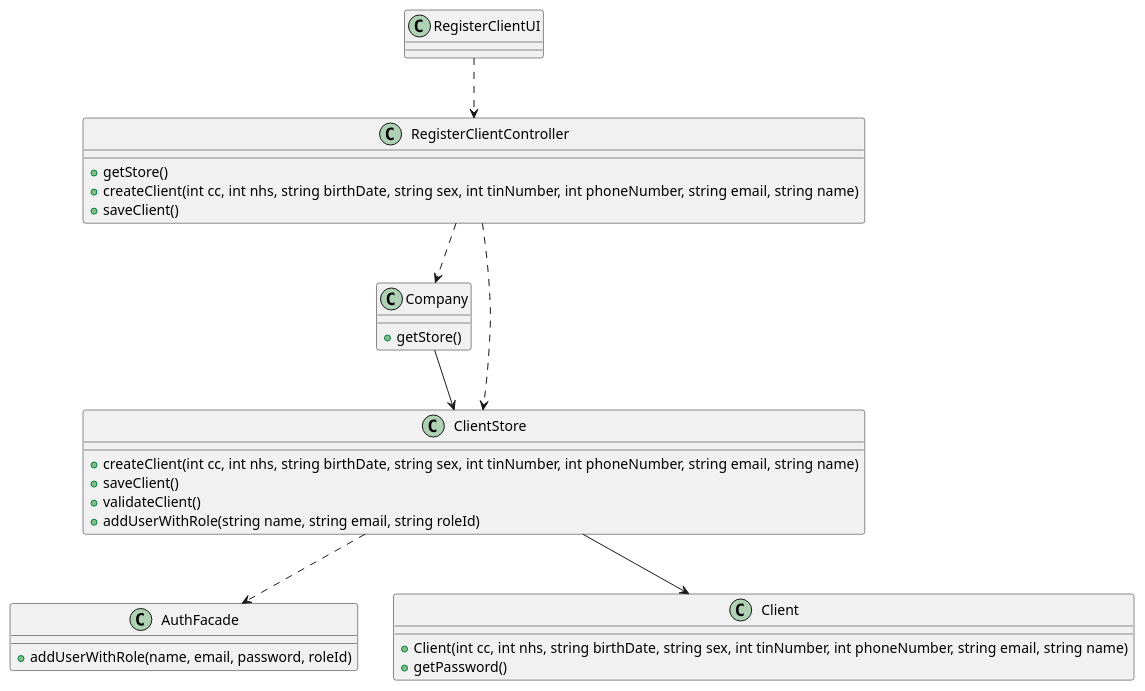
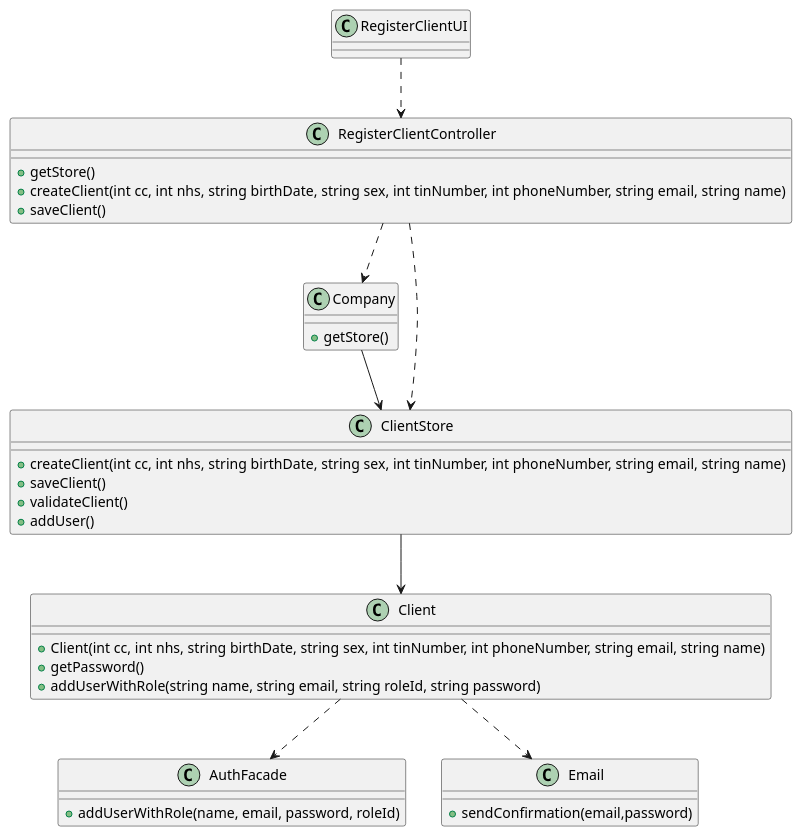
Before and after one commit to MarianaCLages/LAPR2: the diagram in docs/SprintB/US03/US3_CD.puml, drawn with PlantUML. The commit also changed 10 other files, not shown here.

```diff
--- a/docs/SprintB/US03/US3_CD.puml
+++ b/docs/SprintB/US03/US3_CD.puml
@@ -1,41 +1,48 @@
 @startuml
 
 class RegisterClientUI{
 }
 
 class RegisterClientController{
     + getStore()
     + createClient(int cc, int nhs, string birthDate, string sex, int tinNumber, int phoneNumber, string email, string name)
     + saveClient()
 }
 
 class AuthFacade{
     +addUserWithRole(name, email, password, roleId)
 }
 
 
 class Company{
     + getStore()
 }
 
 class Client{
     + Client(int cc, int nhs, string birthDate, string sex, int tinNumber, int phoneNumber, string email, string name)
     + getPassword()
+    + addUserWithRole(string name, string email, string roleId, string password)
+
 }
 
 class ClientStore{
     + createClient(int cc, int nhs, string birthDate, string sex, int tinNumber, int phoneNumber, string email, string name)
     + saveClient()
     + validateClient()
-    + addUserWithRole(string name, string email, string roleId)
+    + addUser()
 }
 
+class Email{
++sendConfirmation(email,password)
+}
 
 RegisterClientUI ..> RegisterClientController
 RegisterClientController ..> Company
 RegisterClientController ..> ClientStore
 Company --> ClientStore
 
 ClientStore --> Client
-ClientStore ..> AuthFacade
+Client ..> AuthFacade
+Client ..> Email
+
 @enduml
```
